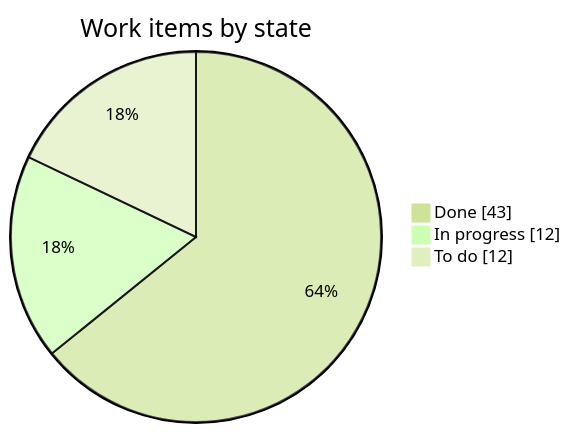
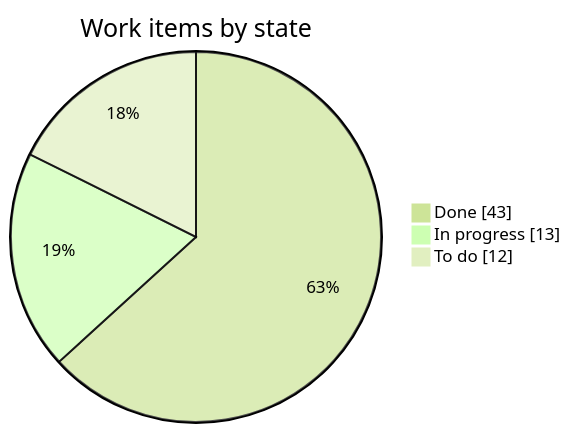
One commit to LoMagnette/ghost-light changed the first of 2 diagrams in STATUS.md. Above: the diagram before and after it, drawn with Mermaid (forest theme). The commit also changed other lines of this file and 1 other file, not shown here.

Commit message:
docs(status): people to meet in II and III

````diff
--- a/STATUS.md
+++ b/STATUS.md
@@ -31,7 +31,7 @@
 ```mermaid
 pie showData
     title Work items by state
     "Done" : 43
-    "In progress" : 12
+    "In progress" : 13
     "To do" : 12
 ```
````
